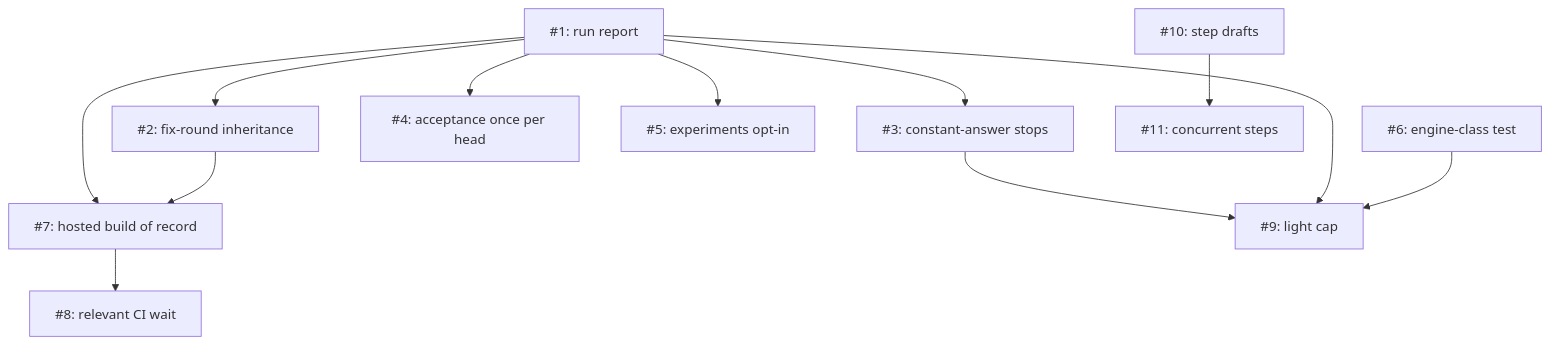
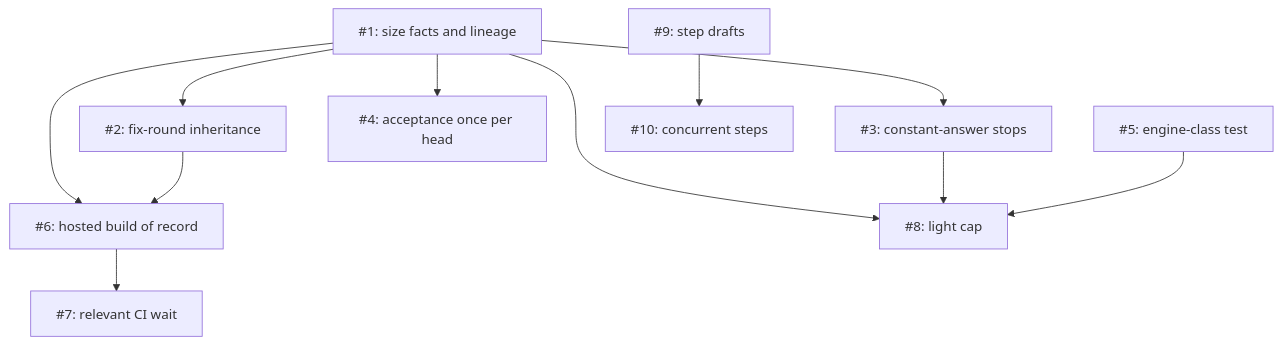
The diagram in docs/plans/PLAN-lighter-work-on-runs.md (tsukumogami/shirabe), drawn with Mermaid before and after one commit. The commit also changed other lines of this file and 2 other files, not shown here.

````diff
--- a/docs/plans/PLAN-lighter-work-on-runs.md
+++ b/docs/plans/PLAN-lighter-work-on-runs.md
@@ -530,25 +511,23 @@
 ```mermaid
 graph TD
-    I1["#1: run report"]
+    I1["#1: size facts and lineage"]
     I2["#2: fix-round inheritance"]
     I3["#3: constant-answer stops"]
     I4["#4: acceptance once per head"]
-    I5["#5: experiments opt-in"]
-    I6["#6: engine-class test"]
-    I7["#7: hosted build of record"]
-    I8["#8: relevant CI wait"]
-    I9["#9: light cap"]
-    I10["#10: step drafts"]
-    I11["#11: concurrent steps"]
+    I5["#5: engine-class test"]
+    I6["#6: hosted build of record"]
+    I7["#7: relevant CI wait"]
+    I8["#8: light cap"]
+    I9["#9: step drafts"]
+    I10["#10: concurrent steps"]
     I1 --> I2
     I1 --> I3
     I1 --> I4
-    I1 --> I5
-    I1 --> I7
-    I2 --> I7
-    I7 --> I8
-    I3 --> I9
-    I1 --> I9
-    I6 --> I9
-    I10 --> I11
+    I1 --> I6
+    I2 --> I6
+    I6 --> I7
+    I1 --> I8
+    I3 --> I8
+    I5 --> I8
+    I9 --> I10
 ```
````
